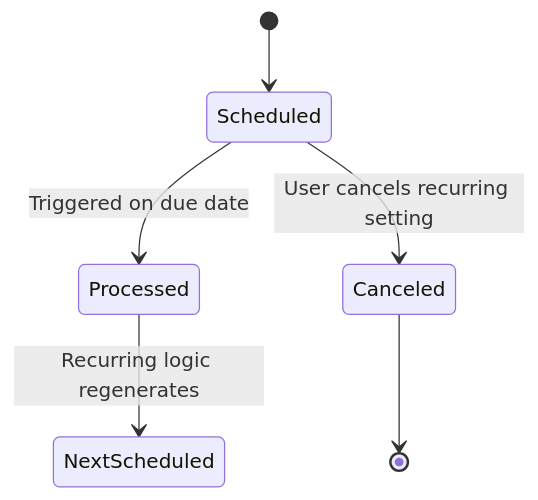
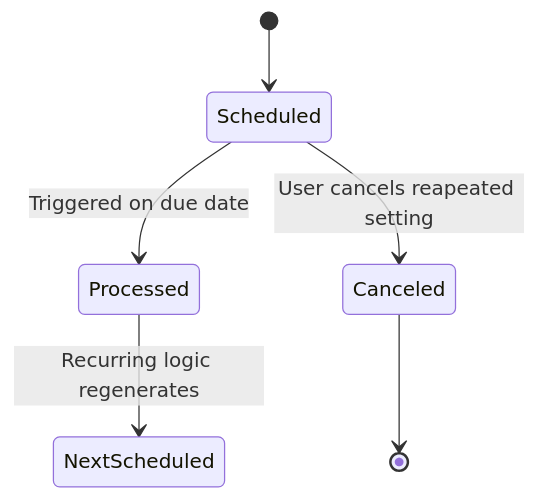
Before and after one commit to Wareezy/Budget_Tracker: the fourth of 8 diagrams in Assignment_8/STATE_TRANSITION_DIAGRAMS.md, drawn with Mermaid.

````diff
--- a/Assignment_8/STATE_TRANSITION_DIAGRAMS.md
+++ b/Assignment_8/STATE_TRANSITION_DIAGRAMS.md
@@ -51,10 +51,10 @@
 ```mermaid
 
 stateDiagram-v2
     [*] --> Scheduled
     Scheduled --> Processed : Triggered on due date
     Processed --> NextScheduled : Recurring logic regenerates
-    Scheduled --> Canceled : User cancels recurring setting
+    Scheduled --> Canceled : User cancels reapeated setting
     Canceled --> [*]
 
 ```
````
